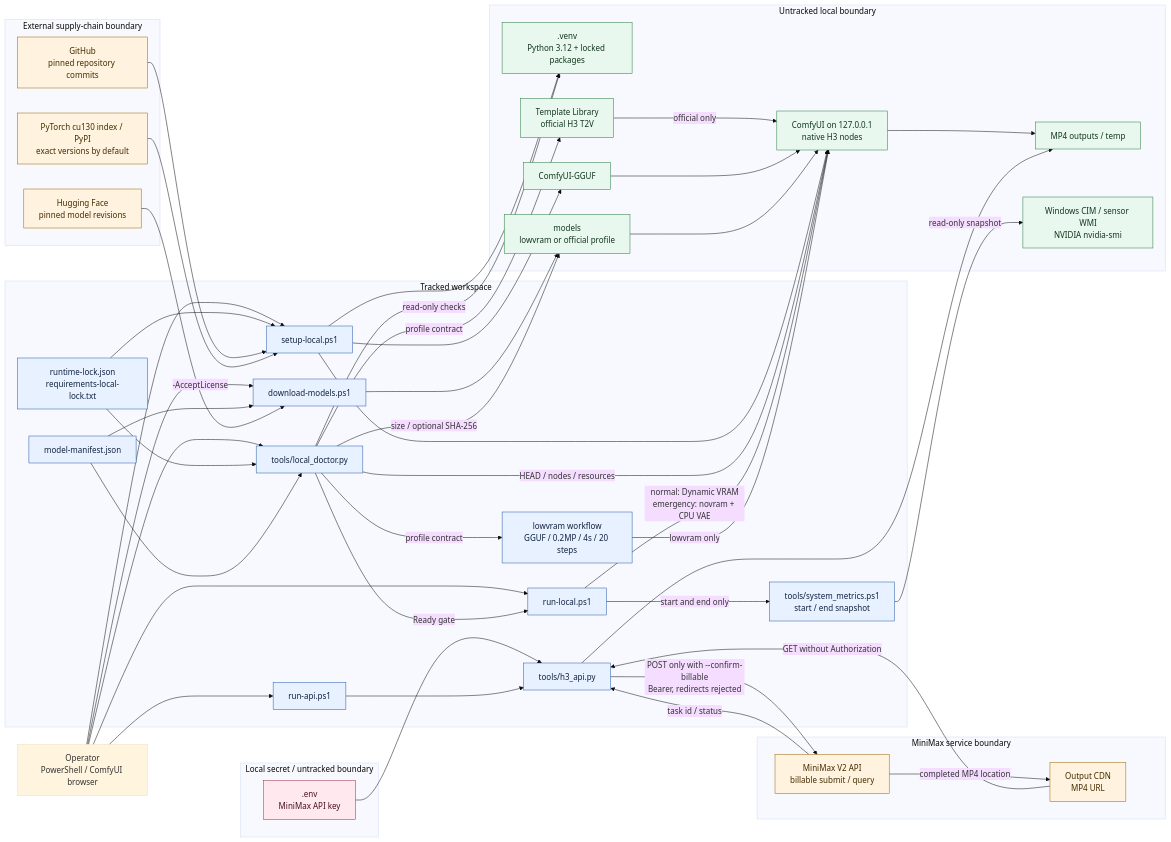
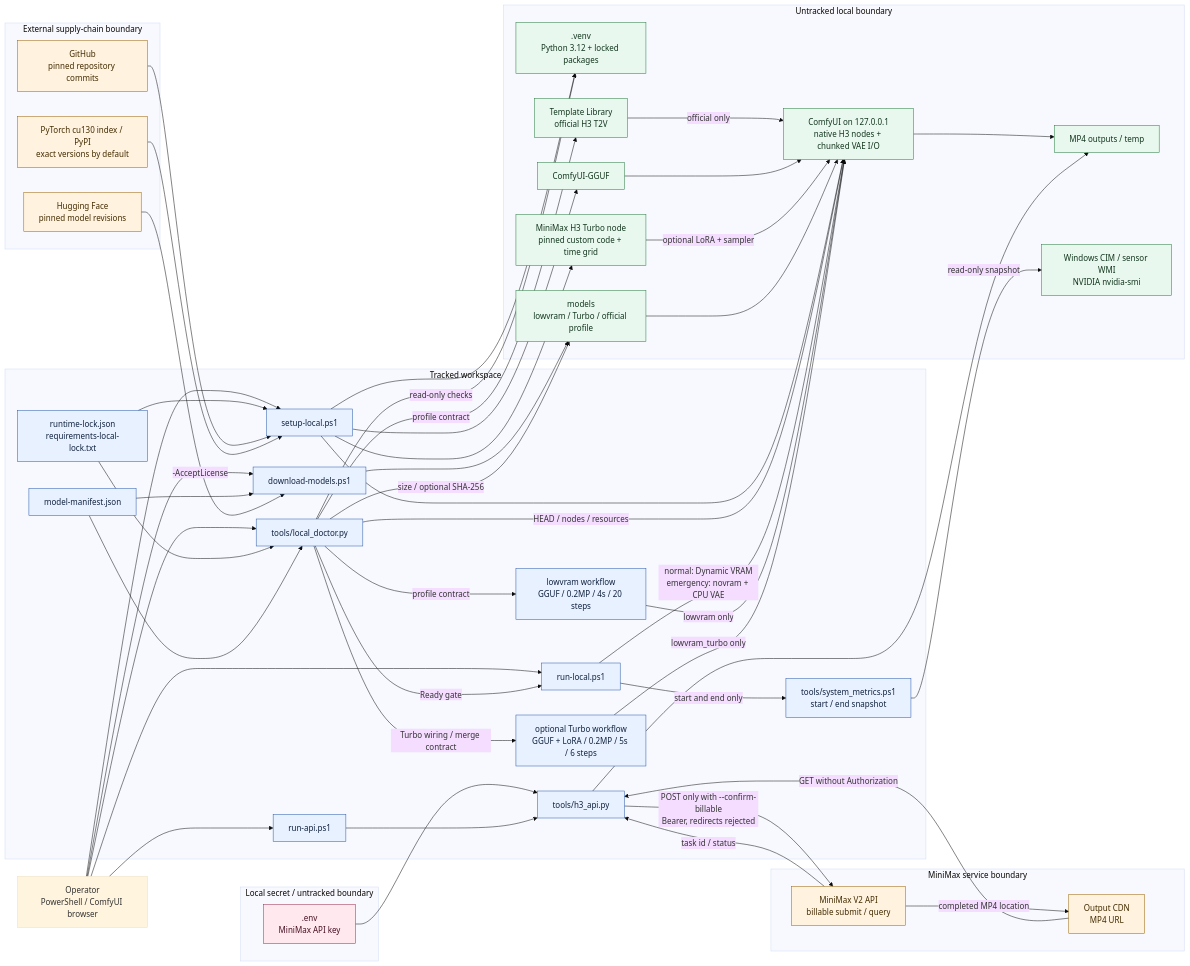
One commit to benriworks/MiniMax-H3 changed the diagram in ARCHITECTURE_DIAGRAM.md. Above: the diagram before and after it, drawn with Mermaid (base theme). The commit also changed 17 other files, not shown here.

Commit message:
feat: add MiniMax H3 Turbo low-VRAM profile

````diff
--- a/ARCHITECTURE_DIAGRAM.md
+++ b/ARCHITECTURE_DIAGRAM.md
@@ -15,6 +15,7 @@
         Launcher["run-local.ps1"]
         Metrics["tools/system_metrics.ps1<br/>start / end snapshot"]
         LowWorkflow["lowvram workflow<br/>GGUF / 0.2MP / 4s / 20 steps"]
+        TurboWorkflow["optional Turbo workflow<br/>GGUF + LoRA / 0.2MP / 5s / 6 steps"]
         ApiWrapper["run-api.ps1"]
         ApiCli["tools/h3_api.py"]
     end
@@ -25,9 +26,10 @@
 
     subgraph LocalRuntime["Untracked local boundary"]
         Venv[".venv<br/>Python 3.12 + locked packages"]
-        Comfy["ComfyUI on 127.0.0.1<br/>native H3 nodes"]
+        Comfy["ComfyUI on 127.0.0.1<br/>native H3 nodes + chunked VAE I/O"]
         GgufNode["ComfyUI-GGUF"]
-        Models["models<br/>lowvram or official profile"]
+        TurboNode["MiniMax H3 Turbo node<br/>pinned custom code + time grid"]
+        Models["models<br/>lowvram / Turbo / official profile"]
         OfficialWorkflow["Template Library<br/>official H3 T2V"]
         Outputs["MP4 outputs / temp"]
         HardwareMetrics["Windows CIM / sensor WMI<br/>NVIDIA nvidia-smi"]
@@ -51,6 +53,7 @@
     Setup --> Venv
     Setup --> Comfy
     Setup --> GgufNode
+    Setup --> TurboNode
 
     Operator -->|"-AcceptLicense"| Downloader
     ModelManifest --> Downloader
@@ -64,6 +67,7 @@
     Doctor -->|"HEAD / nodes / resources"| Comfy
     Doctor -->|"size / optional SHA-256"| Models
     Doctor -->|"profile contract"| LowWorkflow
+    Doctor -->|"Turbo wiring / merge contract"| TurboWorkflow
     Doctor -->|"profile contract"| OfficialWorkflow
 
     Operator --> Launcher
@@ -72,8 +76,10 @@
     Metrics -->|"read-only snapshot"| HardwareMetrics
     Launcher -->|"normal: Dynamic VRAM<br/>emergency: novram + CPU VAE"| Comfy
     LowWorkflow -->|"lowvram only"| Comfy
+    TurboWorkflow -->|"lowvram_turbo only"| Comfy
     OfficialWorkflow -->|"official only"| Comfy
     GgufNode --> Comfy
+    TurboNode -->|"optional LoRA + sampler"| Comfy
     Models --> Comfy
     Comfy --> Outputs
 
@@ -91,8 +97,8 @@
     classDef external fill:#fff3df,stroke:#9a6300,color:#432b00;
     classDef secret fill:#ffe8ee,stroke:#9c284b,color:#481023;
 
-    class Setup,RuntimeLock,Downloader,ModelManifest,Doctor,Launcher,Metrics,LowWorkflow,ApiWrapper,ApiCli tracked;
-    class Venv,Comfy,GgufNode,Models,OfficialWorkflow,Outputs,HardwareMetrics local;
+    class Setup,RuntimeLock,Downloader,ModelManifest,Doctor,Launcher,Metrics,LowWorkflow,TurboWorkflow,ApiWrapper,ApiCli tracked;
+    class Venv,Comfy,GgufNode,TurboNode,Models,OfficialWorkflow,Outputs,HardwareMetrics local;
     class GitHub,PackageIndexes,HuggingFace,MiniMaxApi,OutputCdn external;
     class Env secret;
 ```
````
